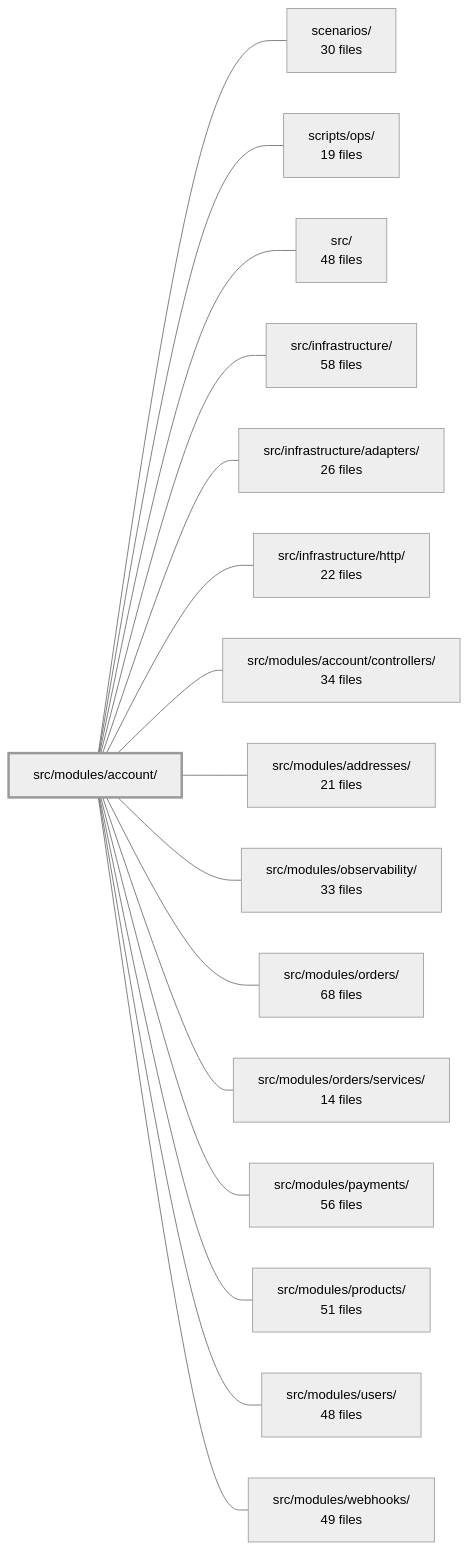
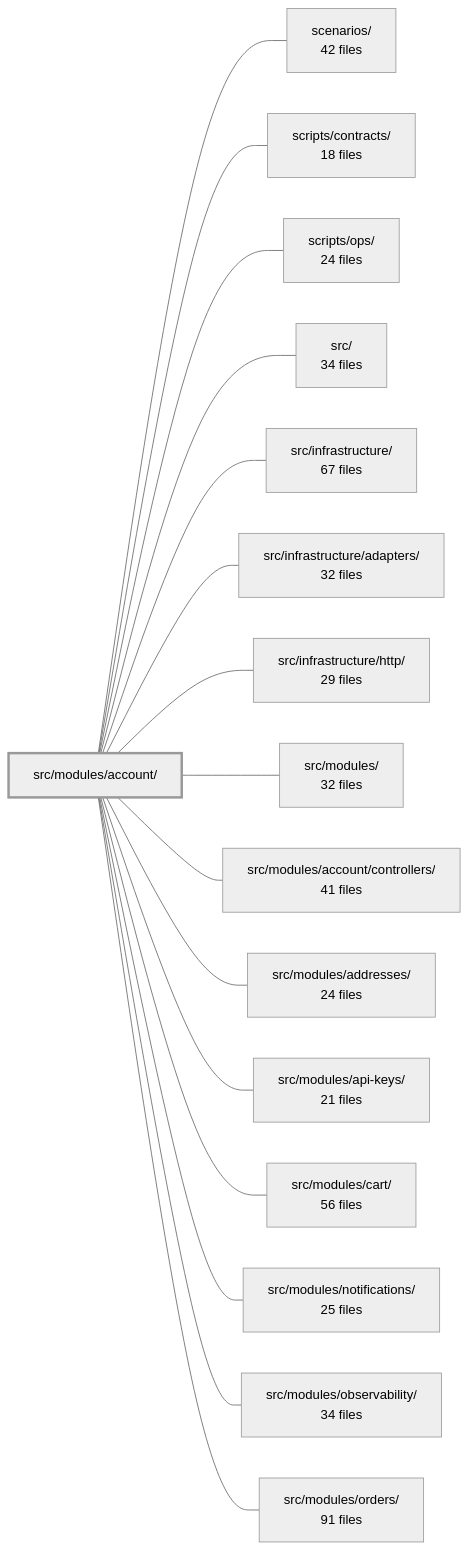
One commit to Guebbit/boilerplate-node-backend changed the diagram in .2brain/modules/boilerplate-node-backend_src_modules_account.md. Above: the diagram before and after it, drawn with Mermaid (neutral theme). The commit also changed other lines of this file and 106 other files, not shown here.

````diff
--- a/.2brain/modules/boilerplate-node-backend_src_modules_account.md
+++ b/.2brain/modules/boilerplate-node-backend_src_modules_account.md
@@ -40,35 +45,35 @@
 ```mermaid
 flowchart LR
     m_src_modules_account["src/modules/account/"]
-    m_scenarios["scenarios/<br/>30 files"]
-    m_scripts_ops["scripts/ops/<br/>19 files"]
-    m_src["src/<br/>48 files"]
-    m_src_infrastructure["src/infrastructure/<br/>58 files"]
-    m_src_infrastructure_adapters["src/infrastructure/adapters/<br/>26 files"]
-    m_src_infrastructure_http["src/infrastructure/http/<br/>22 files"]
-    m_src_modules_account_controllers["src/modules/account/controllers/<br/>34 files"]
-    m_src_modules_addresses["src/modules/addresses/<br/>21 files"]
-    m_src_modules_observability["src/modules/observability/<br/>33 files"]
-    m_src_modules_orders["src/modules/orders/<br/>68 files"]
-    m_src_modules_orders_services["src/modules/orders/services/<br/>14 files"]
-    m_src_modules_payments["src/modules/payments/<br/>56 files"]
-    m_src_modules_products["src/modules/products/<br/>51 files"]
-    m_src_modules_users["src/modules/users/<br/>48 files"]
-    m_src_modules_webhooks["src/modules/webhooks/<br/>49 files"]
+    m_scenarios["scenarios/<br/>42 files"]
+    m_scripts_contracts["scripts/contracts/<br/>18 files"]
+    m_scripts_ops["scripts/ops/<br/>24 files"]
+    m_src["src/<br/>34 files"]
+    m_src_infrastructure["src/infrastructure/<br/>67 files"]
+    m_src_infrastructure_adapters["src/infrastructure/adapters/<br/>32 files"]
+    m_src_infrastructure_http["src/infrastructure/http/<br/>29 files"]
+    m_src_modules["src/modules/<br/>32 files"]
+    m_src_modules_account_controllers["src/modules/account/controllers/<br/>41 files"]
+    m_src_modules_addresses["src/modules/addresses/<br/>24 files"]
+    m_src_modules_api_keys["src/modules/api-keys/<br/>21 files"]
+    m_src_modules_cart["src/modules/cart/<br/>56 files"]
+    m_src_modules_notifications["src/modules/notifications/<br/>25 files"]
+    m_src_modules_observability["src/modules/observability/<br/>34 files"]
+    m_src_modules_orders["src/modules/orders/<br/>91 files"]
     m_src_modules_account --- m_scenarios
+    m_src_modules_account --- m_scripts_contracts
     m_src_modules_account --- m_scripts_ops
     m_src_modules_account --- m_src
     m_src_modules_account --- m_src_infrastructure
     m_src_modules_account --- m_src_infrastructure_adapters
     m_src_modules_account --- m_src_infrastructure_http
+    m_src_modules_account --- m_src_modules
     m_src_modules_account --- m_src_modules_account_controllers
     m_src_modules_account --- m_src_modules_addresses
+    m_src_modules_account --- m_src_modules_api_keys
+    m_src_modules_account --- m_src_modules_cart
+    m_src_modules_account --- m_src_modules_notifications
     m_src_modules_account --- m_src_modules_observability
     m_src_modules_account --- m_src_modules_orders
-    m_src_modules_account --- m_src_modules_orders_services
-    m_src_modules_account --- m_src_modules_payments
-    m_src_modules_account --- m_src_modules_products
-    m_src_modules_account --- m_src_modules_users
-    m_src_modules_account --- m_src_modules_webhooks
     style m_src_modules_account stroke-width:3px
 ```
````
